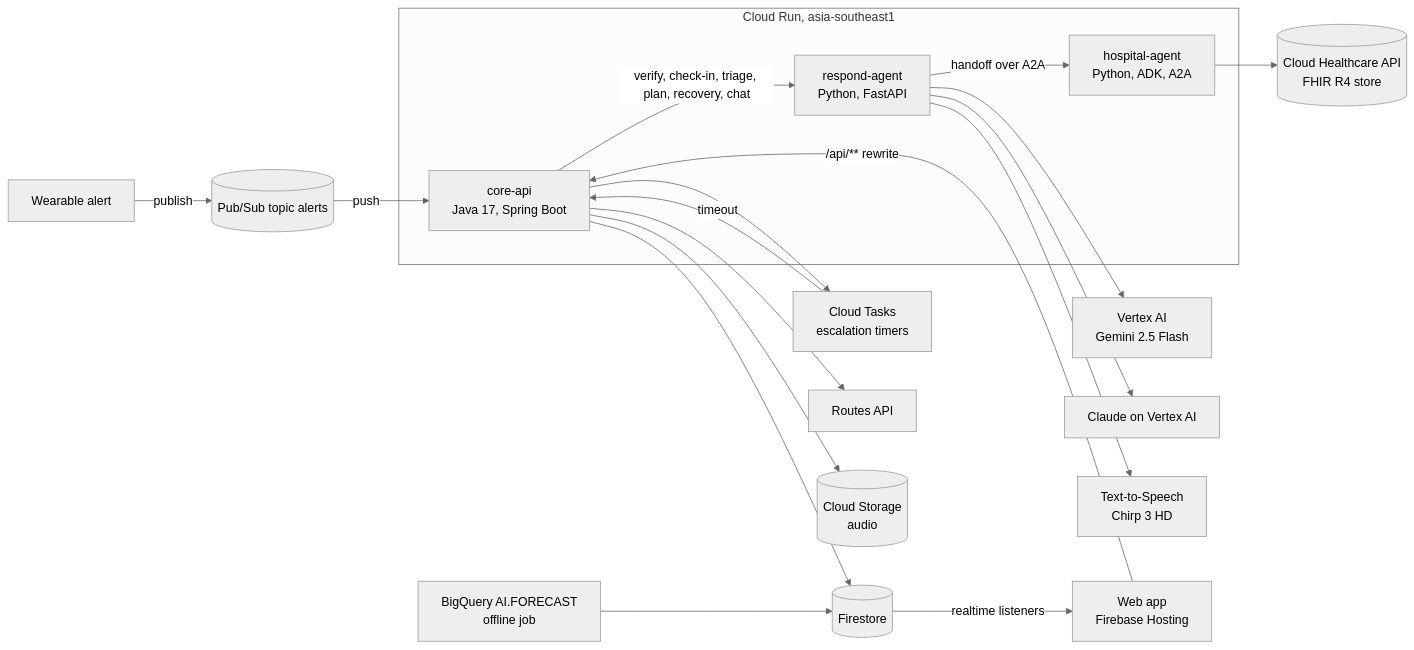
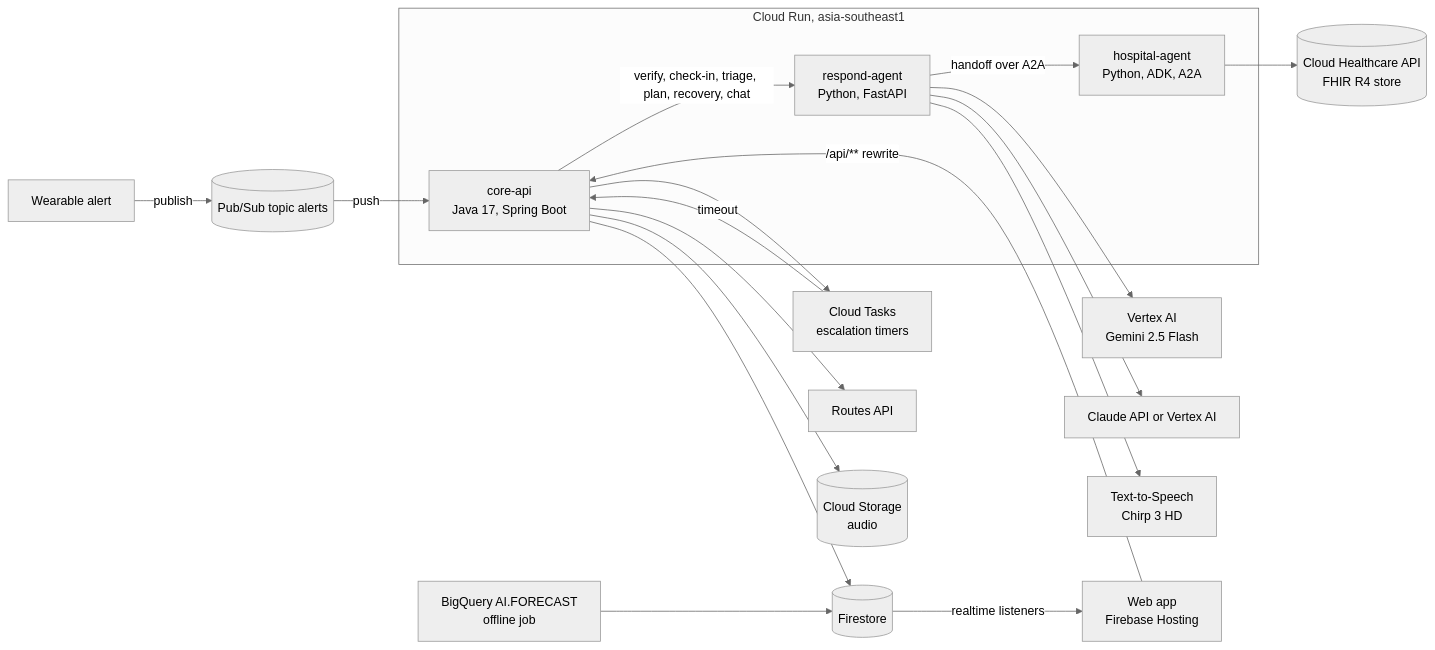
Before and after one commit to Inside-Sync/no-one-alone: the diagram in README.md, drawn with Mermaid (neutral theme). The commit also changed other lines of this file and 4 other files, not shown here.

````diff
--- a/README.md
+++ b/README.md
@@ -14,27 +14,27 @@
 ```mermaid
 flowchart LR
     W[Wearable alert] -->|publish| PS[(Pub/Sub topic alerts)]
     PS -->|push| CA
 
     subgraph Run[Cloud Run, asia-southeast1]
         CA[core-api<br/>Java 17, Spring Boot]
         RA[respond-agent<br/>Python, FastAPI]
         HA[hospital-agent<br/>Python, ADK, A2A]
     end
 
     CA -->|verify, check-in, triage, plan, recovery, chat| RA
     RA -->|handoff over A2A| HA
     RA --> VX[Vertex AI<br/>Gemini 2.5 Flash]
-    RA --> CL[Claude on Vertex AI]
+    RA --> CL[Claude API or Vertex AI]
     RA --> TTS[Text-to-Speech<br/>Chirp 3 HD]
     HA --> FHIR[(Cloud Healthcare API<br/>FHIR R4 store)]
     CA --> CT[Cloud Tasks<br/>escalation timers]
     CT -->|timeout| CA
     CA --> RT[Routes API]
     CA --> FS[(Firestore)]
     CA --> ST[(Cloud Storage<br/>audio)]
 
     BQ[BigQuery AI.FORECAST<br/>offline job] --> FS
     FS -->|realtime listeners| WEB[Web app<br/>Firebase Hosting]
     WEB -->|/api/** rewrite| CA
 ```
````
